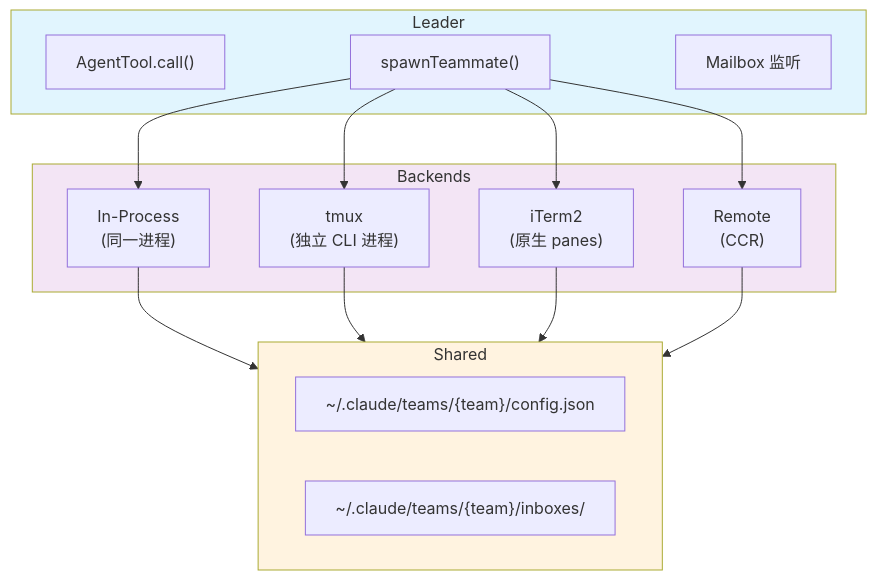
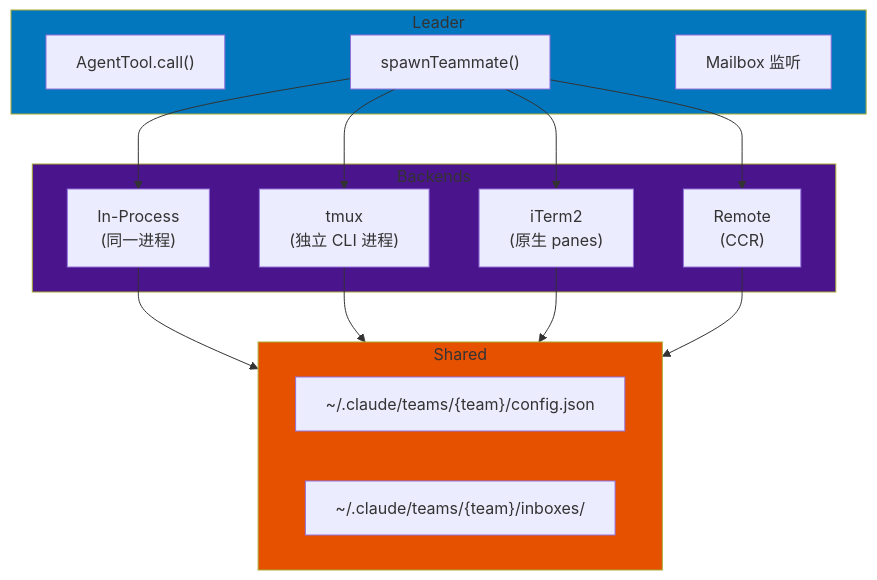
One commit to platootalp/harness-code changed diagram 12 of 15 in harness/docs/deep/AGENT-SYSTEM.md. Above: the diagram before and after it, drawn with Mermaid. The commit also changed other lines of this file and 10 other files, not shown here.

````diff
--- a/harness/docs/deep/AGENT-SYSTEM.md
+++ b/harness/docs/deep/AGENT-SYSTEM.md
@@ -784,33 +784,33 @@
 ```mermaid
 flowchart TD
     subgraph Leader
         L1["AgentTool.call()"]
         L2["spawnTeammate()"]
         L3["Mailbox 监听"]
     end
 
     subgraph Backends
         BE1["In-Process<br/>(同一进程)"]
         BE2["tmux<br/>(独立 CLI 进程)"]
         BE3["iTerm2<br/>(原生 panes)"]
         BE4["Remote<br/>(CCR)"]
     end
 
     subgraph Shared
         TeamFile["~/.claude/teams/{team}/config.json"]
         Mailboxes["~/.claude/teams/{team}/inboxes/"]
     end
 
     L2 --> BE1
     L2 --> BE2
     L2 --> BE3
     L2 --> BE4
     BE1 --> Shared
     BE2 --> Shared
     BE3 --> Shared
     BE4 --> Shared
 
-    style Leader fill:#e1f5fe
-    style Backends fill:#f3e5f5
-    style Shared fill:#fff3e0
+    style Leader fill:#0277bd
+    style Backends fill:#4a148c
+    style Shared fill:#e65100
 ```
````
